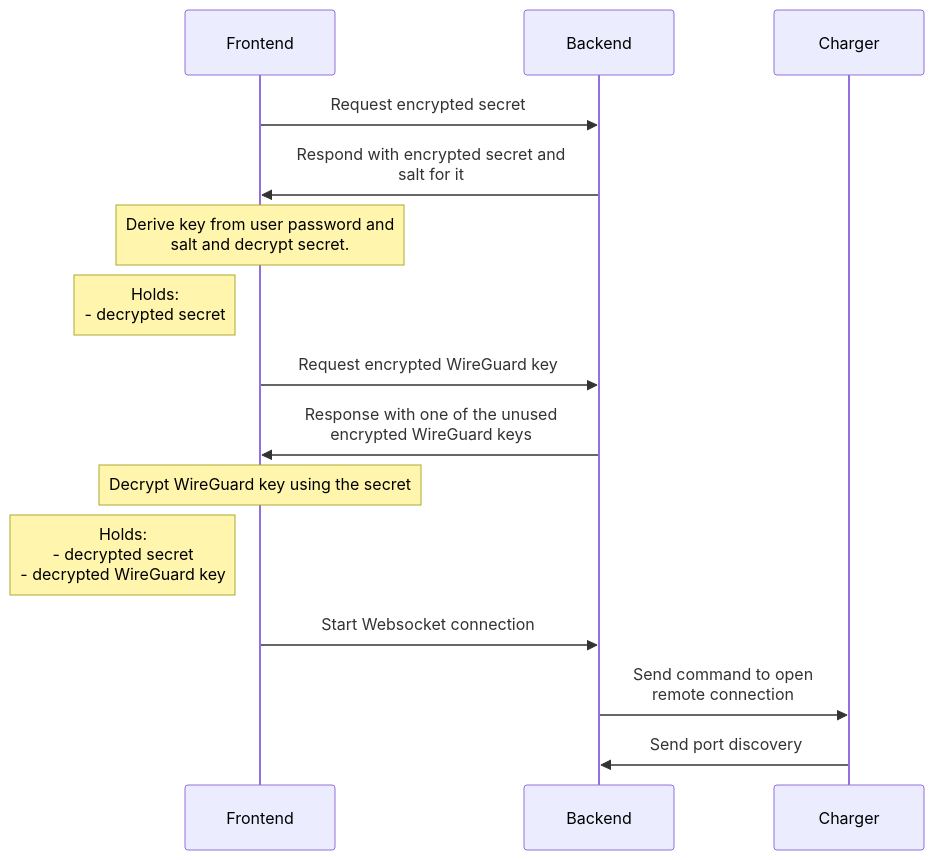
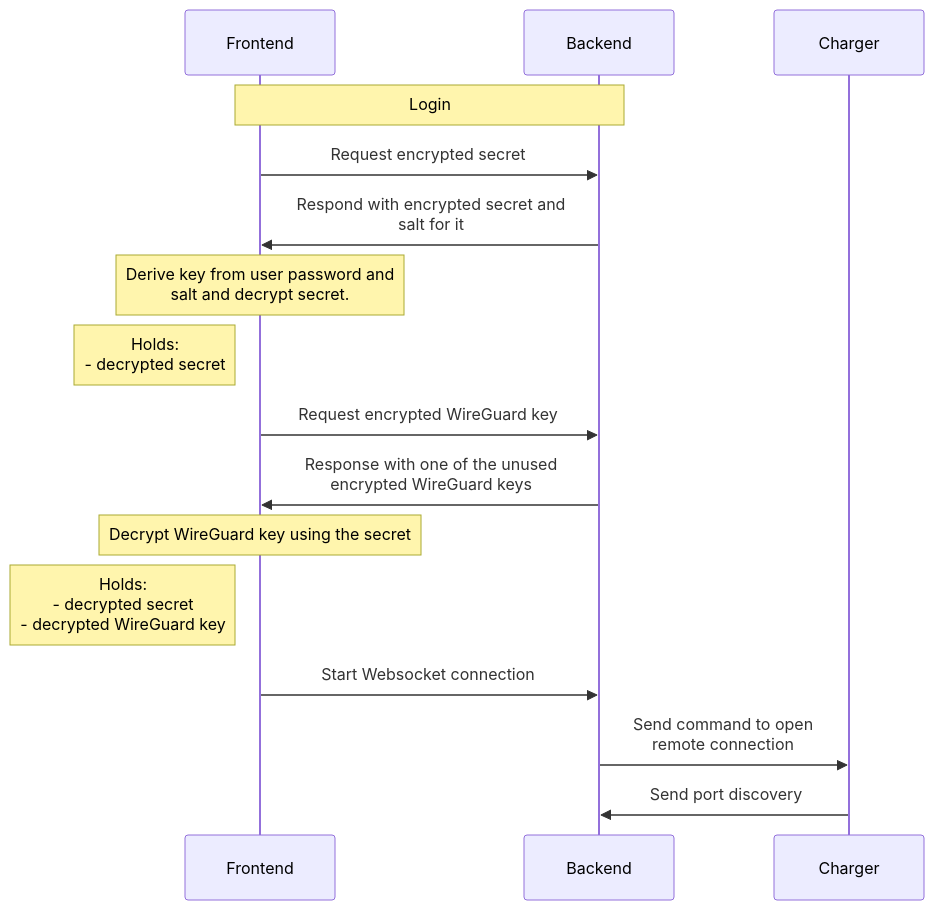
Before and after one commit to Tinkerforge/esp32-remote-access: the fourth of 6 diagrams in sequence.md, drawn with Mermaid. The commit also changed other lines of this file, not shown here.

````diff
--- a/sequence.md
+++ b/sequence.md
@@ -80,14 +82,16 @@
 ```mermaid
 sequenceDiagram
+    Note over Frontend, Backend: Login
+
     Frontend->>Backend: Request encrypted secret
     Backend->>Frontend: Respond with encrypted secret and <br> salt for it
     Note over Frontend: Derive key from user password and <br> salt and decrypt secret.
     Note left of Frontend: Holds: <br> - decrypted secret
     Frontend->>Backend: Request encrypted WireGuard key
     Backend->>Frontend: Response with one of the unused <br> encrypted WireGuard keys
     Note over Frontend: Decrypt WireGuard key using the secret
     Note left of Frontend: Holds: <br> - decrypted secret <br> - decrypted WireGuard key
     Frontend->>Backend: Start Websocket connection
     Backend->>Charger: Send command to open <br> remote connection
     Charger->>Backend: Send port discovery
 ```
````
